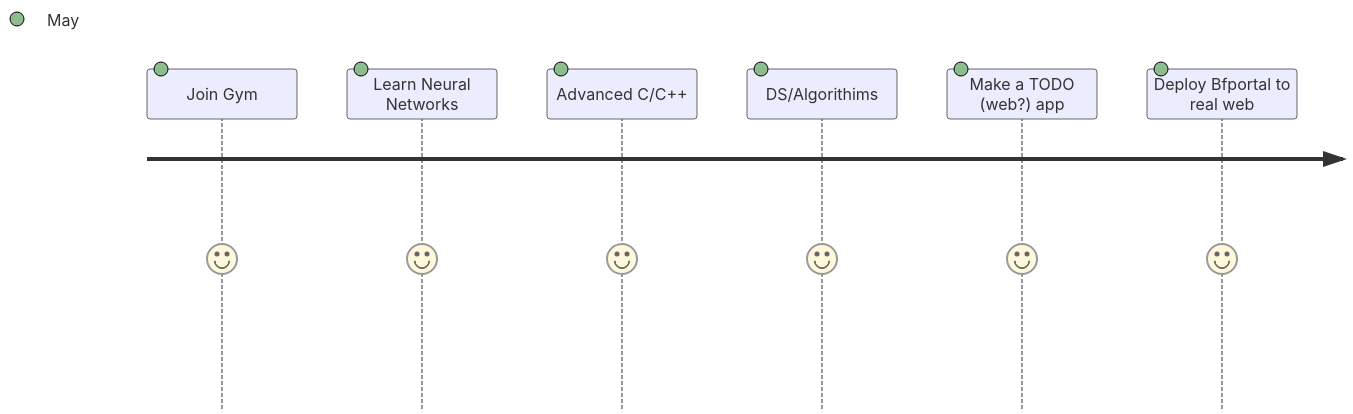
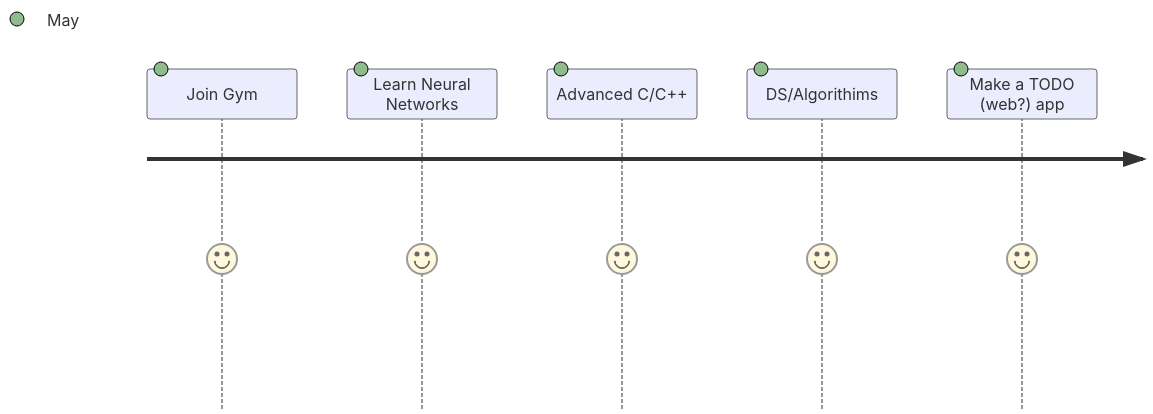
The second of 2 diagrams in README.md (p0lygun/p0lygun), drawn with Mermaid before and after one commit. The commit also changed other lines of this file, not shown here.

````diff
--- a/README.md
+++ b/README.md
@@ -26,9 +34,8 @@
 ```mermaid
 journey
     Join Gym:5:May
     Learn Neural Networks: 5: May
     Advanced C/C++: 5: May
     DS/Algorithims:5:May
     Make a TODO (web?) app:5:May
-    Deploy Bfportal to real web:5:May
 ```
````
